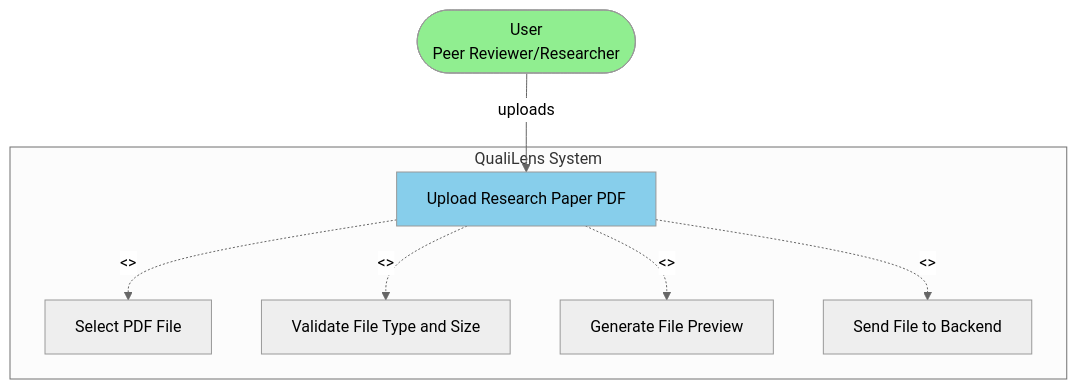
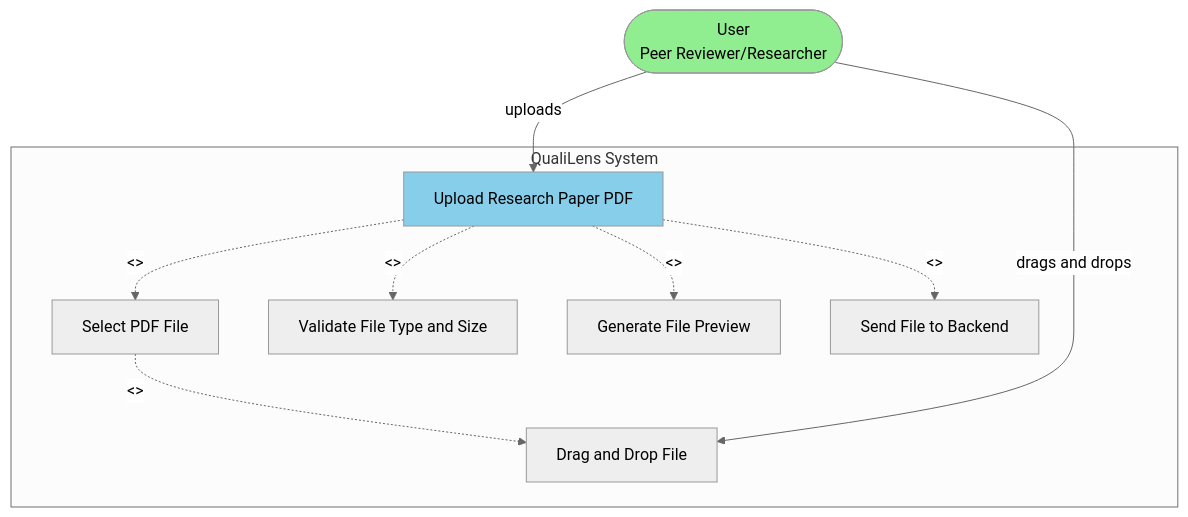
The first of 12 diagrams in docs/architecture/4_USE_CASE_DIAGRAM.md (giuliobarde/QualiLens), drawn with Mermaid (neutral theme) before and after one commit. The commit also changed other lines of this file and 2 other files, not shown here.

Commit message:
use case diagram updated

````diff
--- a/docs/architecture/4_USE_CASE_DIAGRAM.md
+++ b/docs/architecture/4_USE_CASE_DIAGRAM.md
@@ -3,22 +3,25 @@
 ```mermaid
 graph TD
     User([User<br/>Peer Reviewer/Researcher])
     
     subgraph "QualiLens System"
         UC01[Upload Research Paper PDF]
         UC01a[Select PDF File]
         UC01b[Validate File Type and Size]
         UC01c[Generate File Preview]
         UC01d[Send File to Backend]
+        UC01e[Drag and Drop File]
         
         UC01 -.->|<<include>>| UC01a
         UC01 -.->|<<include>>| UC01b
         UC01 -.->|<<include>>| UC01c
         UC01 -.->|<<include>>| UC01d
+        UC01a -.->|<<include>>| UC01e
     end
     
     User -->|uploads| UC01
+    User -->|drags and drops| UC01e
     
     style User fill:#90EE90
     style UC01 fill:#87CEEB
 ```
````
